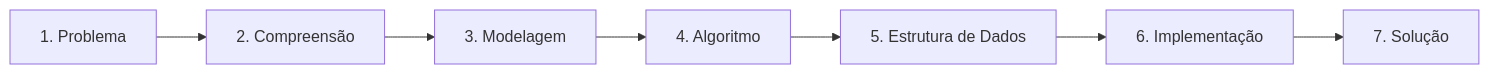
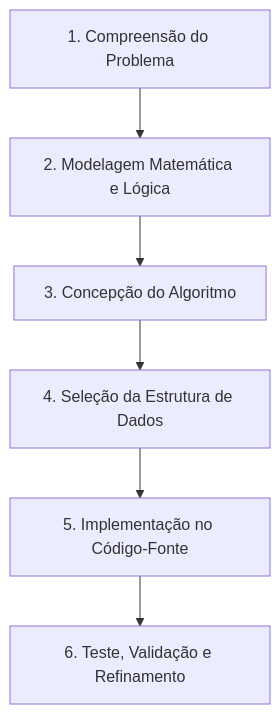
The fourth of 22 diagrams in 4º Semestre/[Prof. Wesley Soares] Estrutura de Dados I/Resumos-IA/Caderno-Consolidado.md (murilolol/unifef), drawn with Mermaid before and after one commit. The commit also changed other lines of this file and 25 other files, not shown here.

````diff
--- a/4º Semestre/[Prof. Wesley Soares] Estrutura de Dados I/Resumos-IA/Caderno-Consolidado.md
+++ b/4º Semestre/[Prof. Wesley Soares] Estrutura de Dados I/Resumos-IA/Caderno-Consolidado.md
@@ -261,9 +226,8 @@
 ```mermaid
-flowchart LR
-    P1["1. Problema"] --> P2["2. Compreensão"]
-    P2 --> P3["3. Modelagem"]
-    P3 --> P4["4. Algoritmo"]
-    P4 --> P5["5. Estrutura de Dados"]
-    P5 --> P6["6. Implementação"]
-    P6 --> P7["7. Solução"]
+flowchart TD
+    P1["1. Compreensão do Problema"] --> P2["2. Modelagem Matemática e Lógica"]
+    P2 --> P3["3. Concepção do Algoritmo"]
+    P3 --> P4["4. Seleção da Estrutura de Dados"]
+    P4 --> P5["5. Implementação no Código-Fonte"]
+    P5 --> P6["6. Teste, Validação e Refinamento"]
 ```
````
